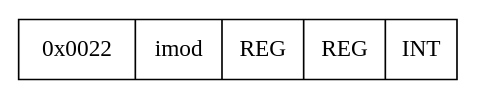
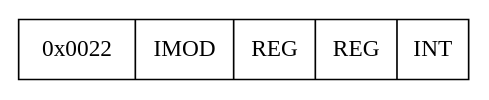
One commit to adesutherland/CREXX changed the diagram in docs/books/crexx_vm_spec/0x0022.gv. Above: the diagram before and after it, drawn with Graphviz. The commit also changed 528 other files, not shown here.

```diff
--- a/docs/books/crexx_vm_spec/0x0022.gv
+++ b/docs/books/crexx_vm_spec/0x0022.gv
@@ -1,4 +1,4 @@
 digraph regs {
 node[shape=record]
-struct1 [label="0x0022|imod       |   REG|REG|INT         "];
+struct1 [label="0x0022|IMOD       |   REG|REG|INT         "];
 }
```
